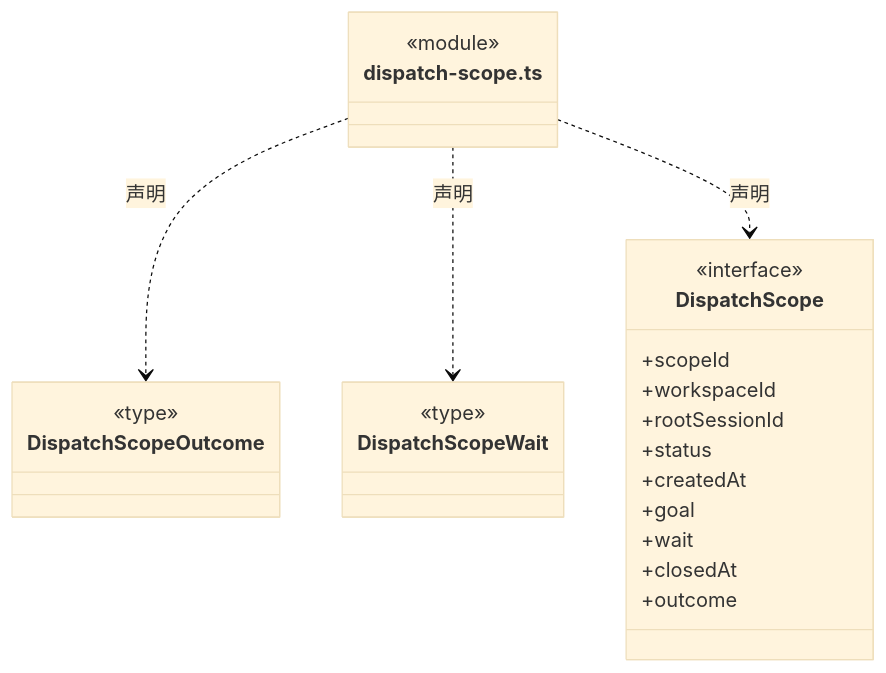
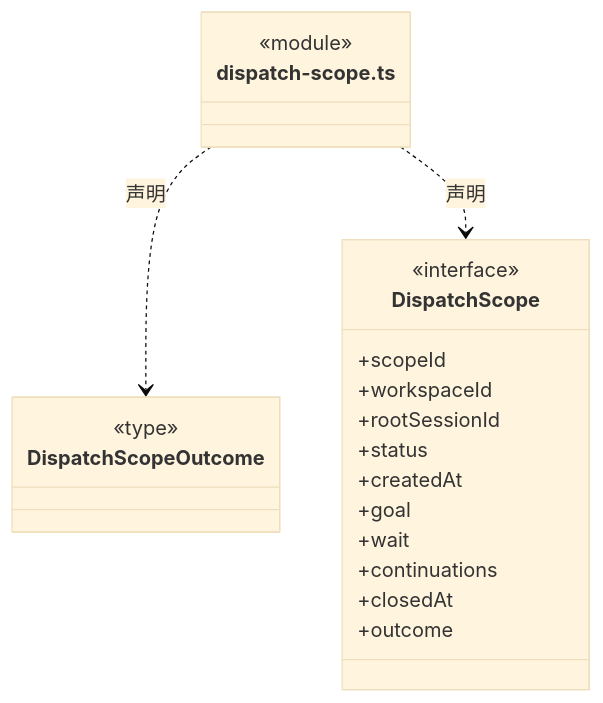
The sixth of 46 diagrams in src/backend/core/tasks/ARCHITECTURE.md (nan023062/cbim), drawn with Mermaid (base theme) before and after one commit. The commit also changed other lines of this file and 60 other files, not shown here.

````diff
--- a/src/backend/core/tasks/ARCHITECTURE.md
+++ b/src/backend/core/tasks/ARCHITECTURE.md
@@ -151,29 +152,25 @@
 ```mermaid
 classDiagram
 class N_src_backend_core_tasks_dispatch_scope_ts["dispatch-scope.ts"] {
   <<module>>
 }
 class N_src_backend_core_tasks_dispatch_scope_ts_DispatchScopeOutcome["DispatchScopeOutcome"] {
   <<type>>
 
 }
 N_src_backend_core_tasks_dispatch_scope_ts ..> N_src_backend_core_tasks_dispatch_scope_ts_DispatchScopeOutcome : 声明
-class N_src_backend_core_tasks_dispatch_scope_ts_DispatchScopeWait["DispatchScopeWait"] {
-  <<type>>
-
-}
-N_src_backend_core_tasks_dispatch_scope_ts ..> N_src_backend_core_tasks_dispatch_scope_ts_DispatchScopeWait : 声明
 class N_src_backend_core_tasks_dispatch_scope_ts_DispatchScope["DispatchScope"] {
   <<interface>>
   +scopeId
   +workspaceId
   +rootSessionId
   +status
   +createdAt
   +goal
   +wait
+  +continuations
   +closedAt
   +outcome
 }
 N_src_backend_core_tasks_dispatch_scope_ts ..> N_src_backend_core_tasks_dispatch_scope_ts_DispatchScope : 声明
 ```
````
